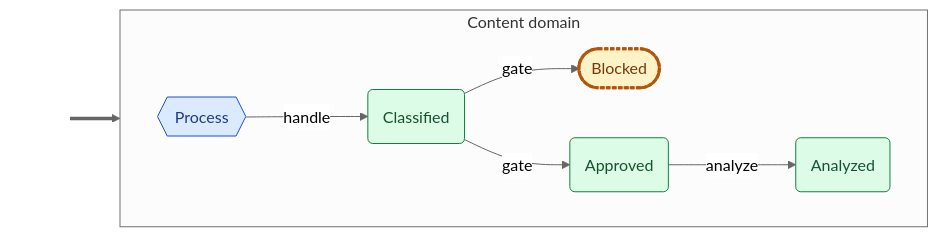
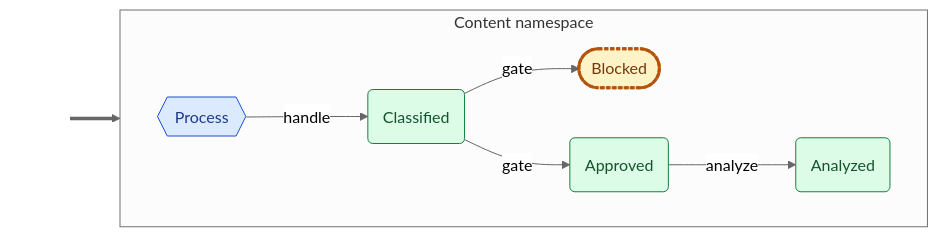
One commit to cadance-io/langgraph-events changed the second of 2 diagrams in examples/content_pipeline.graph.md. Above: the diagram before and after it, drawn with Mermaid (neutral theme). The commit also changed other lines of this file and 44 other files, not shown here.

````diff
--- a/examples/content_pipeline.graph.md
+++ b/examples/content_pipeline.graph.md
@@ -44,23 +44,23 @@
 ```mermaid
 graph LR
     classDef entry fill:none,stroke:none,color:none
     classDef cmd fill:#dbeafe,stroke:#1d4ed8,color:#1e3a8a
     classDef devt fill:#dcfce7,stroke:#15803d,color:#14532d
     classDef intg fill:#ede9fe,stroke:#6d28d9,color:#4c1d95
     classDef syst fill:#fef3c7,stroke:#b45309,color:#78350f
     classDef halt fill:#fef3c7,stroke:#b45309,color:#78350f,stroke-width:3px,stroke-dasharray:4 2
     classDef inv fill:#ffedd5,stroke:#c2410c,color:#7c2d12
-    subgraph Content["Content domain"]
+    subgraph Content["Content namespace"]
         direction LR
         Analyzed(Analyzed):::devt
         Approved(Approved):::devt
         Blocked([Blocked]):::halt
         Classified(Classified):::devt
         Process{{Process}}:::cmd
     end
     _e0_[ ]:::entry ==> Process
     Process -->|handle| Classified
     Classified -->|gate| Blocked
     Classified -->|gate| Approved
     Approved -->|analyze| Analyzed
 ```
````
